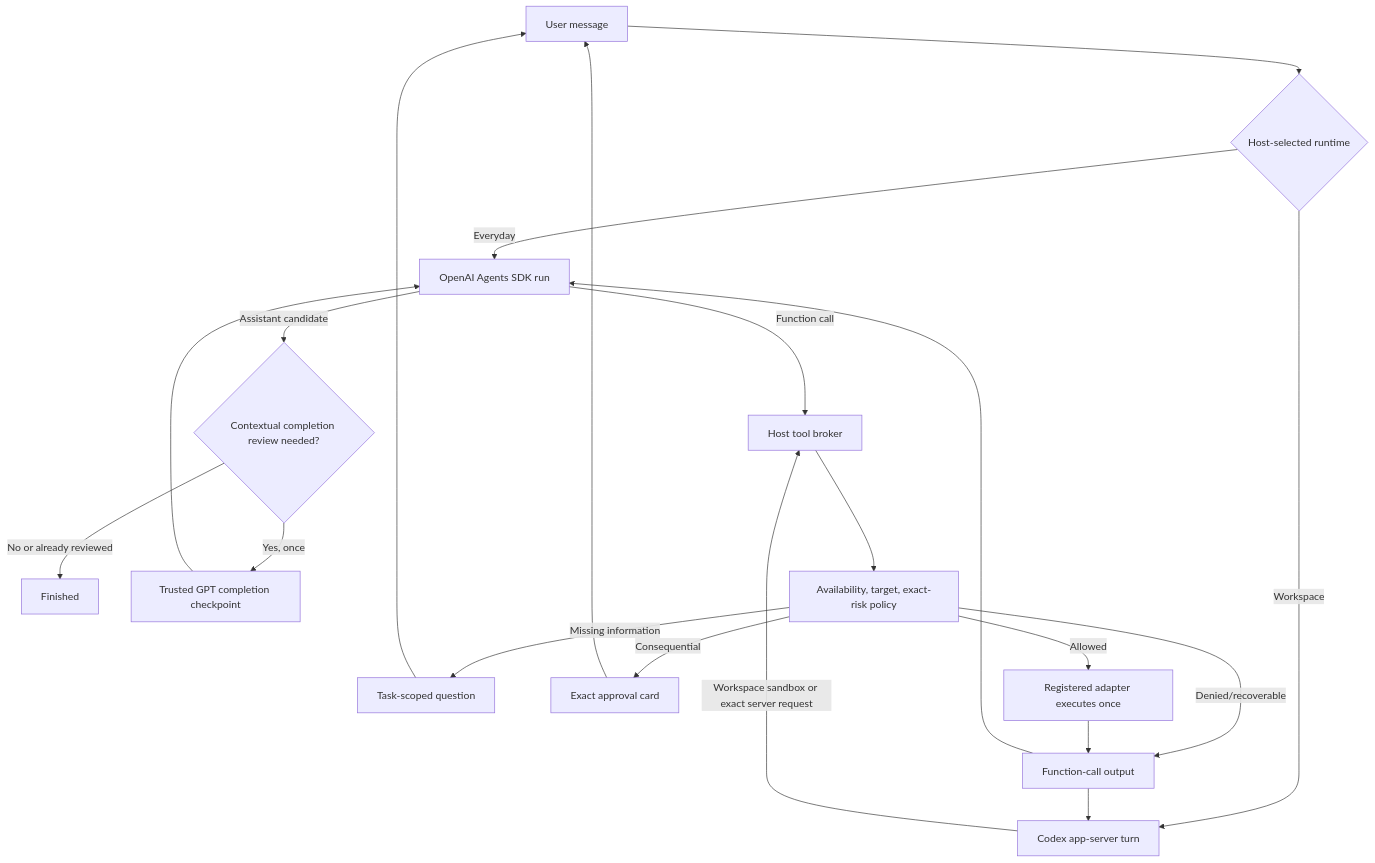
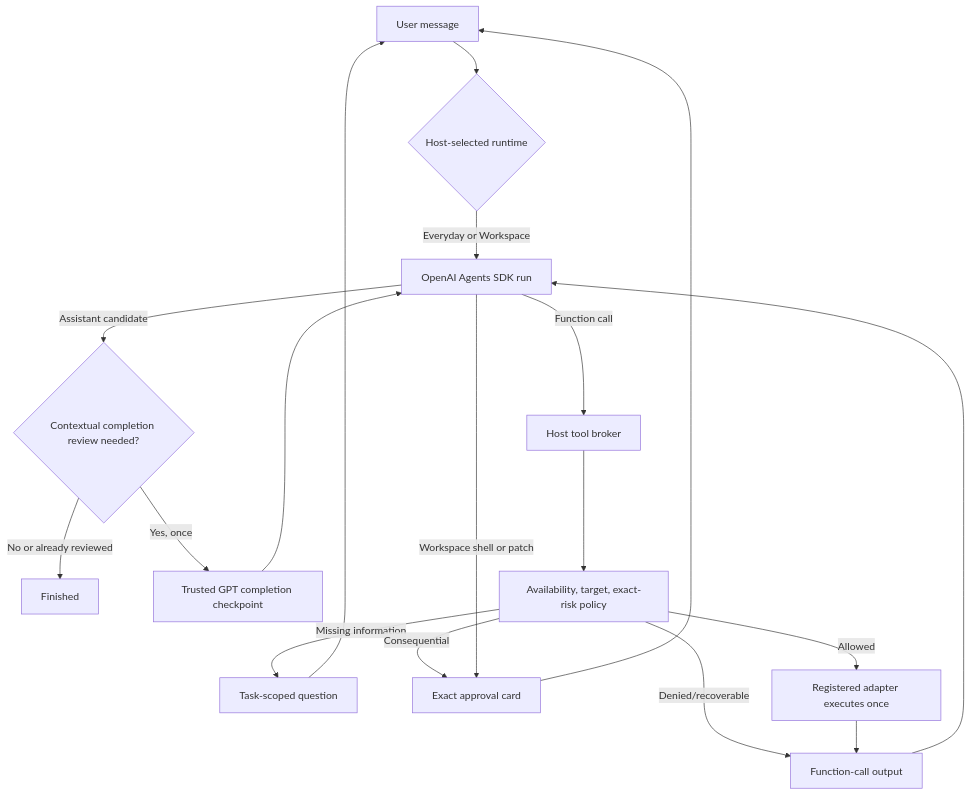
The diagram in docs/conversational-task-execution.md (ducnguyen67201/TroCode), drawn with Mermaid before and after one commit. The commit also changed other lines of this file and 44 other files, not shown here.

First line of the commit message:
feat(workspace): use hosted agent runtime

````diff
--- a/docs/conversational-task-execution.md
+++ b/docs/conversational-task-execution.md
@@ -11,22 +11,20 @@
 ```mermaid
 flowchart TD
     USER["User message"] --> RUNTIME{"Host-selected runtime"}
-    RUNTIME -->|"Everyday"| MODEL["OpenAI Agents SDK run"]
-    RUNTIME -->|"Workspace"| CODEX["Codex app-server turn"]
+    RUNTIME -->|"Everyday or Workspace"| MODEL["OpenAI Agents SDK run"]
     MODEL -->|"Assistant candidate"| REVIEW{"Contextual completion review needed?"}
     REVIEW -->|"No or already reviewed"| DONE["Finished"]
     REVIEW -->|"Yes, once"| CHECK["Trusted GPT completion checkpoint"]
     CHECK --> MODEL
     MODEL -->|"Function call"| ROUTER["Host tool broker"]
     ROUTER --> POLICY["Availability, target, exact-risk policy"]
     POLICY -->|"Denied/recoverable"| OUTPUT["Function-call output"]
     POLICY -->|"Missing information"| ASK["Task-scoped question"]
     POLICY -->|"Consequential"| APPROVE["Exact approval card"]
     POLICY -->|"Allowed"| EXECUTE["Registered adapter executes once"]
     ASK --> USER
     APPROVE --> USER
     EXECUTE --> OUTPUT
     OUTPUT --> MODEL
-    CODEX -->|"Workspace sandbox or exact server request"| ROUTER
-    OUTPUT --> CODEX
+    MODEL -->|"Workspace shell or patch"| APPROVE
 ```
````
